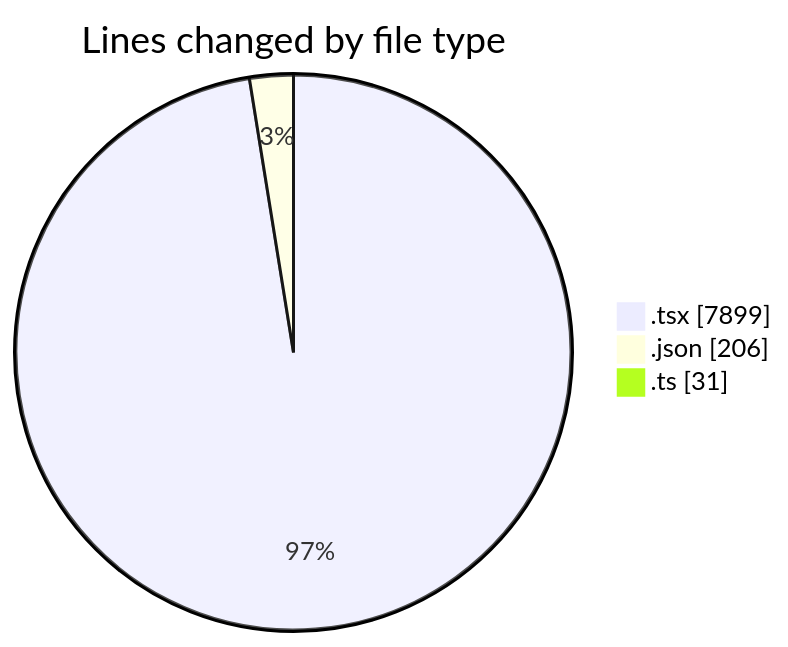
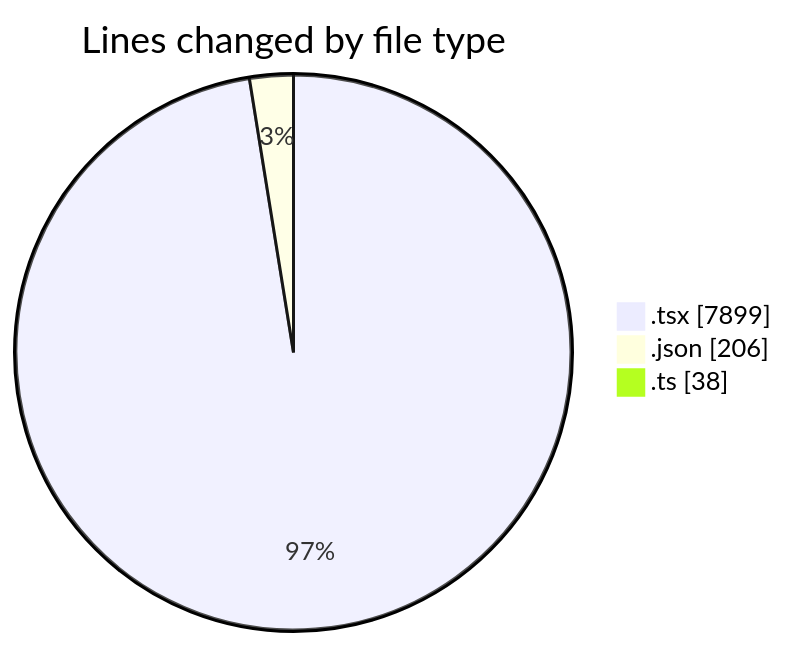
One commit to momahboobian/code-tracking changed the first of 2 diagrams in 2026-11-13/broadcaster-v6-feature/README.md. Above: the diagram before and after it, drawn with Mermaid. The commit also changed other lines of this file and 1 other file, not shown here.

````diff
--- a/2026-11-13/broadcaster-v6-feature/README.md
+++ b/2026-11-13/broadcaster-v6-feature/README.md
@@ -48,7 +49,7 @@
 ```mermaid
 pie showData
 title Lines changed by file type
 ".tsx" : 7899
 ".json" : 206
-".ts" : 31
+".ts" : 38
 ```
````
